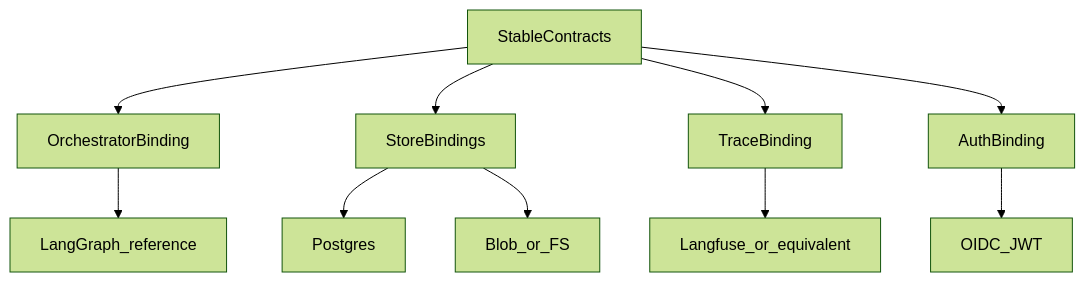
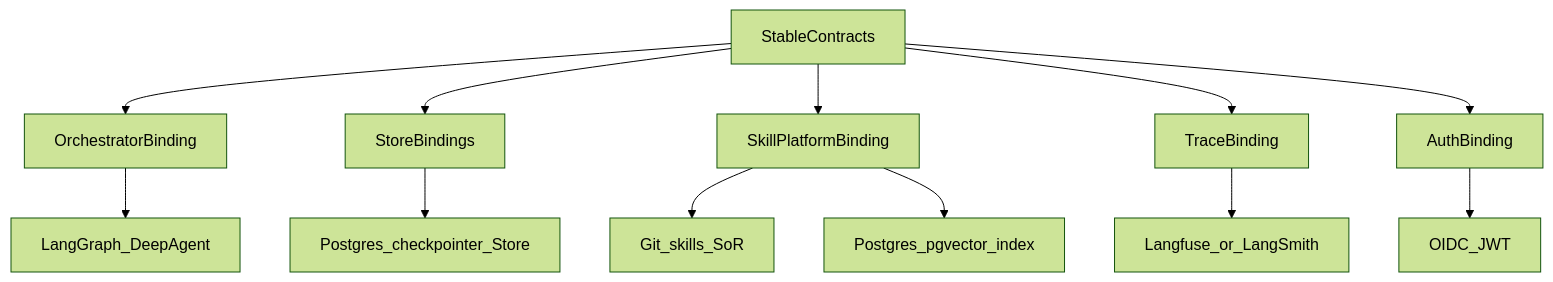
One commit to shivank22/ICE changed the diagram in SKILLS/backend/assets/diagrams/15-deployment-binding.mmd. Above: the diagram before and after it, drawn with Mermaid (forest theme). The commit also changed 48 other files, not shown here.

Commit message:
Added a skill Platform

```diff
--- a/SKILLS/backend/assets/diagrams/15-deployment-binding.mmd
+++ b/SKILLS/backend/assets/diagrams/15-deployment-binding.mmd
@@ -1,16 +1,19 @@
 %% Deployment binding — contracts vs vendors
 flowchart TB
   Contracts[StableContracts]
   OrchBind[OrchestratorBinding]
   StoreBind[StoreBindings]
+  SkillBind[SkillPlatformBinding]
   TraceBind[TraceBinding]
   AuthBind[AuthBinding]
   Contracts --> OrchBind
   Contracts --> StoreBind
+  Contracts --> SkillBind
   Contracts --> TraceBind
   Contracts --> AuthBind
-  OrchBind --> LG[LangGraph_reference]
-  StoreBind --> PG[Postgres]
-  StoreBind --> Blob[Blob_or_FS]
-  TraceBind --> LF[Langfuse_or_equivalent]
+  OrchBind --> LG[LangGraph_DeepAgent]
+  StoreBind --> PG[Postgres_checkpointer_Store]
+  SkillBind --> Git[Git_skills_SoR]
+  SkillBind --> PGv[Postgres_pgvector_index]
+  TraceBind --> LF[Langfuse_or_LangSmith]
   AuthBind --> OIDC[OIDC_JWT]
```
